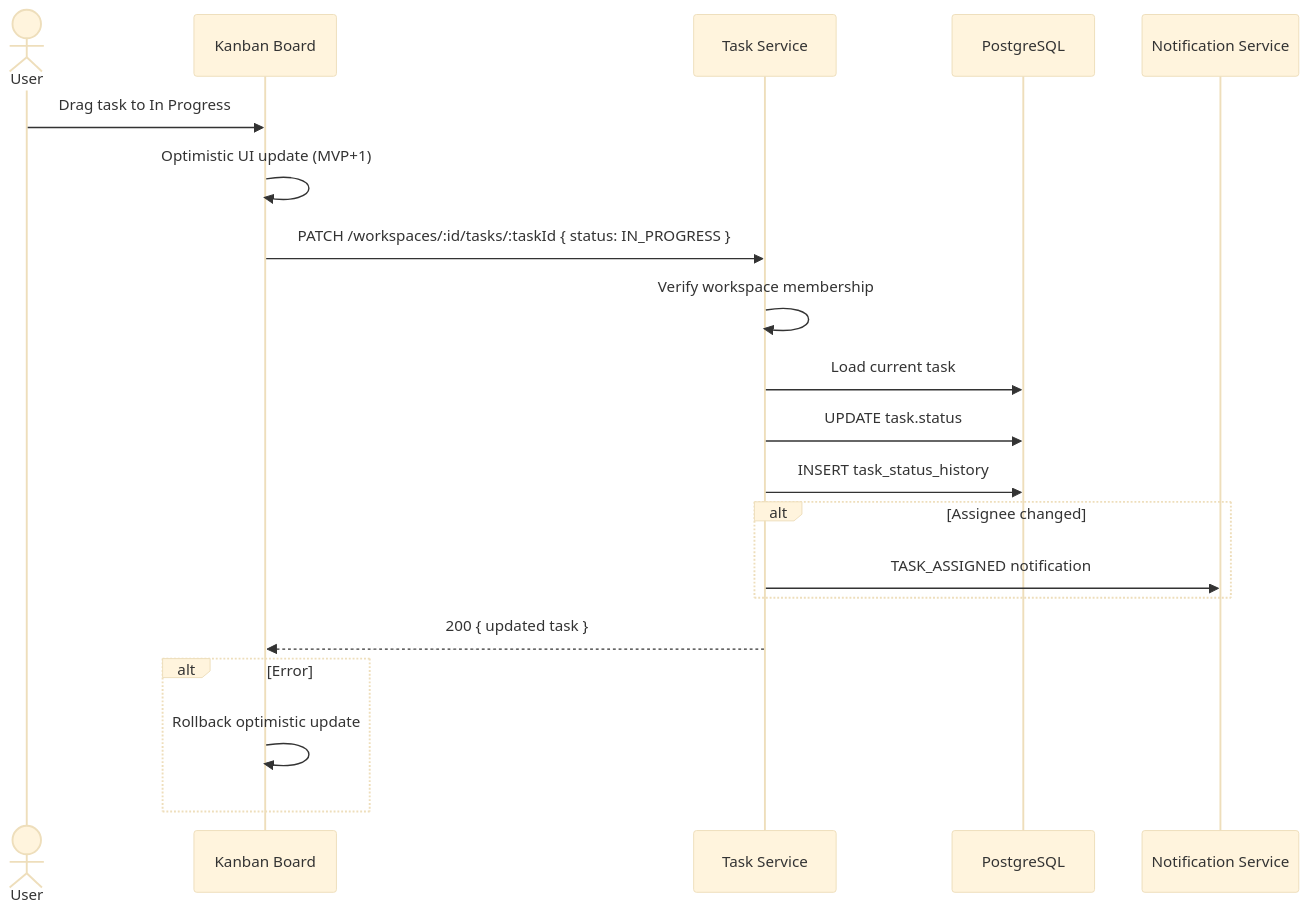
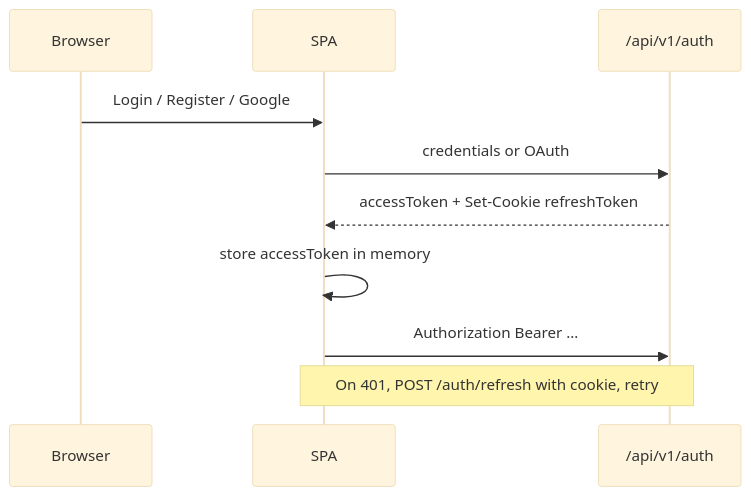
One commit to sumaiyabinterafiq97/AI-Meeting-Notes-Task-Manager changed the fifth of 6 diagrams in docs/system-architecture.md. Above: the diagram before and after it, drawn with Mermaid (base theme). The commit also changed other lines of this file and 22 other files, not shown here.

Commit message:
docs: sync inventory, audits, and API/architecture to v0.7.2

````diff
--- a/docs/system-architecture.md
+++ b/docs/system-architecture.md
@@ -338,23 +196,13 @@
 ```mermaid
 sequenceDiagram
-    actor U as User
-    participant FE as Kanban Board
-    participant API as Task Service
-    participant DB as PostgreSQL
-    participant NS as Notification Service
+    participant B as Browser
+    participant FE as SPA
+    participant API as /api/v1/auth
 
-    U->>FE: Drag task to In Progress
-    FE->>FE: Optimistic UI update (MVP+1)
-    FE->>API: PATCH /workspaces/:id/tasks/:taskId { status: IN_PROGRESS }
-    API->>API: Verify workspace membership
-    API->>DB: Load current task
-    API->>DB: UPDATE task.status
-    API->>DB: INSERT task_status_history
-    alt Assignee changed
-        API->>NS: TASK_ASSIGNED notification
-    end
-    API-->>FE: 200 { updated task }
-    alt Error
-        FE->>FE: Rollback optimistic update
-    end
+    B->>FE: Login / Register / Google
+    FE->>API: credentials or OAuth
+    API-->>FE: accessToken + Set-Cookie refreshToken
+    FE->>FE: store accessToken in memory
+    FE->>API: Authorization Bearer …
+    Note over FE,API: On 401, POST /auth/refresh with cookie, retry
 ```
````
